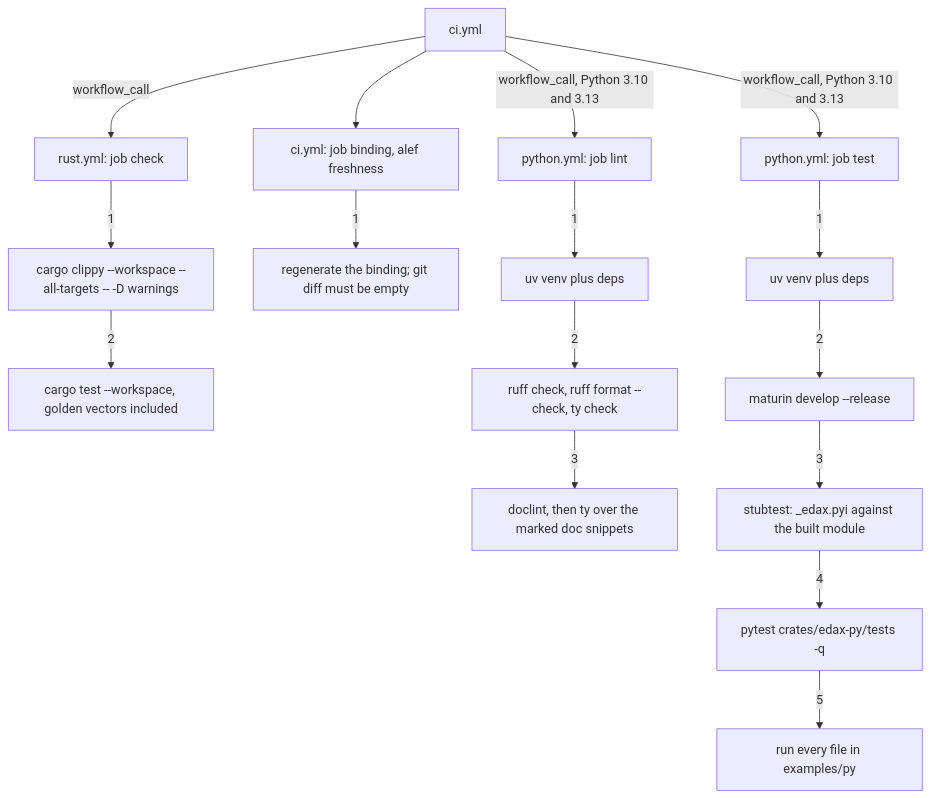
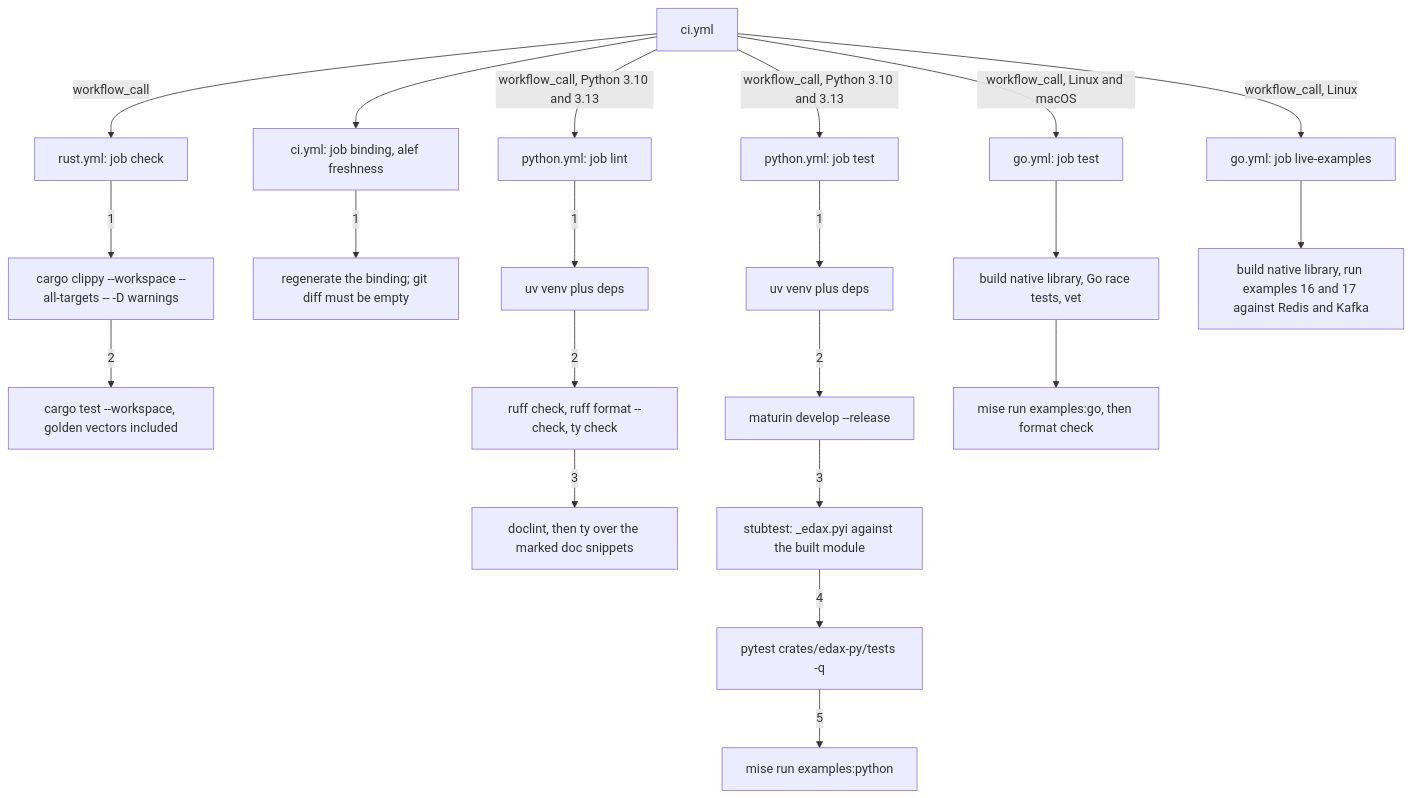
Before and after one commit to haskian/edax: the third of 3 diagrams in docs/guides/testing.md, drawn with Mermaid. The commit also changed other lines of this file and 34 other files, not shown here.

First line of the commit message:
feat(edax-go): add the nineteen examples in the Python learning order

````diff
--- a/docs/guides/testing.md
+++ b/docs/guides/testing.md
@@ -301,22 +306,27 @@
 ```mermaid
 flowchart TB
     CI["ci.yml"] -->|"workflow_call"| R["rust.yml: job check"]
     CI --> B["ci.yml: job binding, alef freshness"]
     CI -->|"workflow_call, Python 3.10 and 3.13"| PL["python.yml: job lint"]
     CI -->|"workflow_call, Python 3.10 and 3.13"| PT["python.yml: job test"]
+    CI -->|"workflow_call, Linux and macOS"| GT["go.yml: job test"]
+    CI -->|"workflow_call, Linux"| GL["go.yml: job live-examples"]
 
     R -->|"1"| R1["cargo clippy --workspace --all-targets -- -D warnings"]
     R1 -->|"2"| R2["cargo test --workspace, golden vectors included"]
 
     B -->|"1"| B1["regenerate the binding; git diff must be empty"]
 
     PL -->|"1"| L1["uv venv plus deps"]
     L1 -->|"2"| L2["ruff check, ruff format --check, ty check"]
     L2 -->|"3"| L3["doclint, then ty over the marked doc snippets"]
 
     PT -->|"1"| T1["uv venv plus deps"]
     T1 -->|"2"| T2["maturin develop --release"]
     T2 -->|"3"| T3["stubtest: _edax.pyi against the built module"]
     T3 -->|"4"| T4["pytest crates/edax-py/tests -q"]
-    T4 -->|"5"| T5["run every file in examples/py"]
+    T4 -->|"5"| T5["mise run examples:python"]
+    GT --> G1["build native library, Go race tests, vet"]
+    G1 --> G2["mise run examples:go, then format check"]
+    GL --> G3["build native library, run examples 16 and 17 against Redis and Kafka"]
 ```
````
